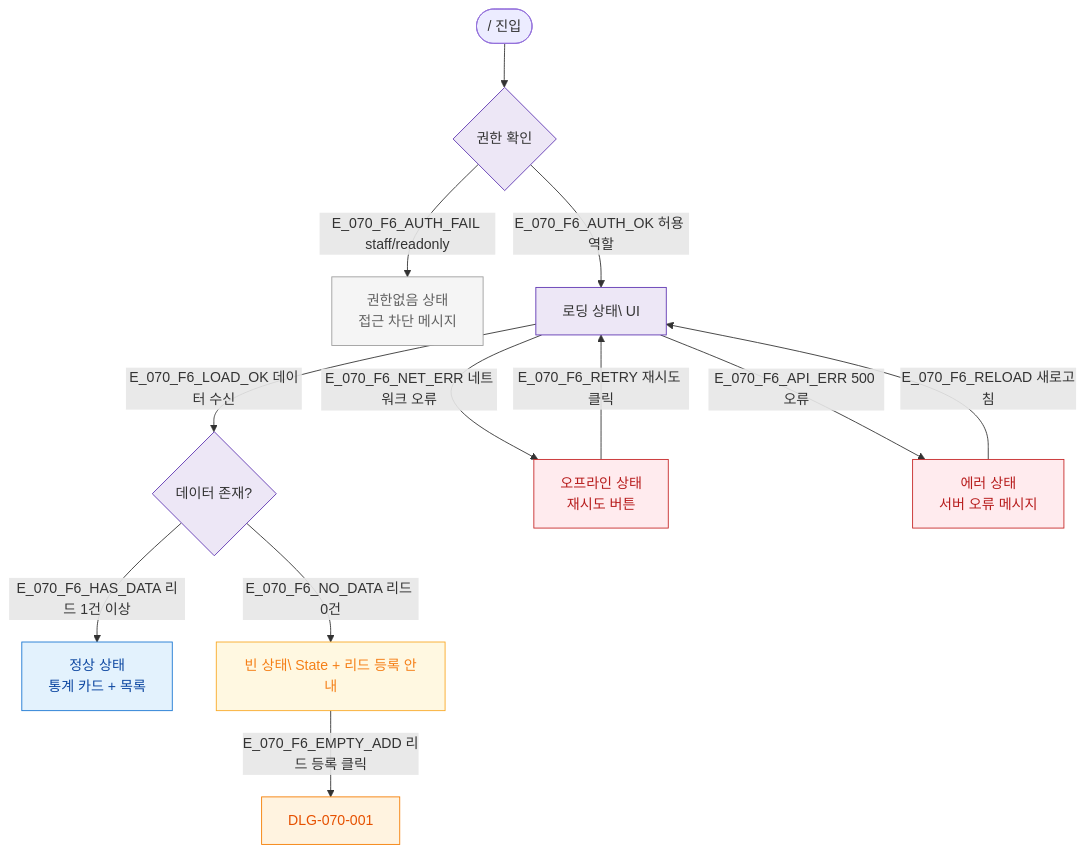
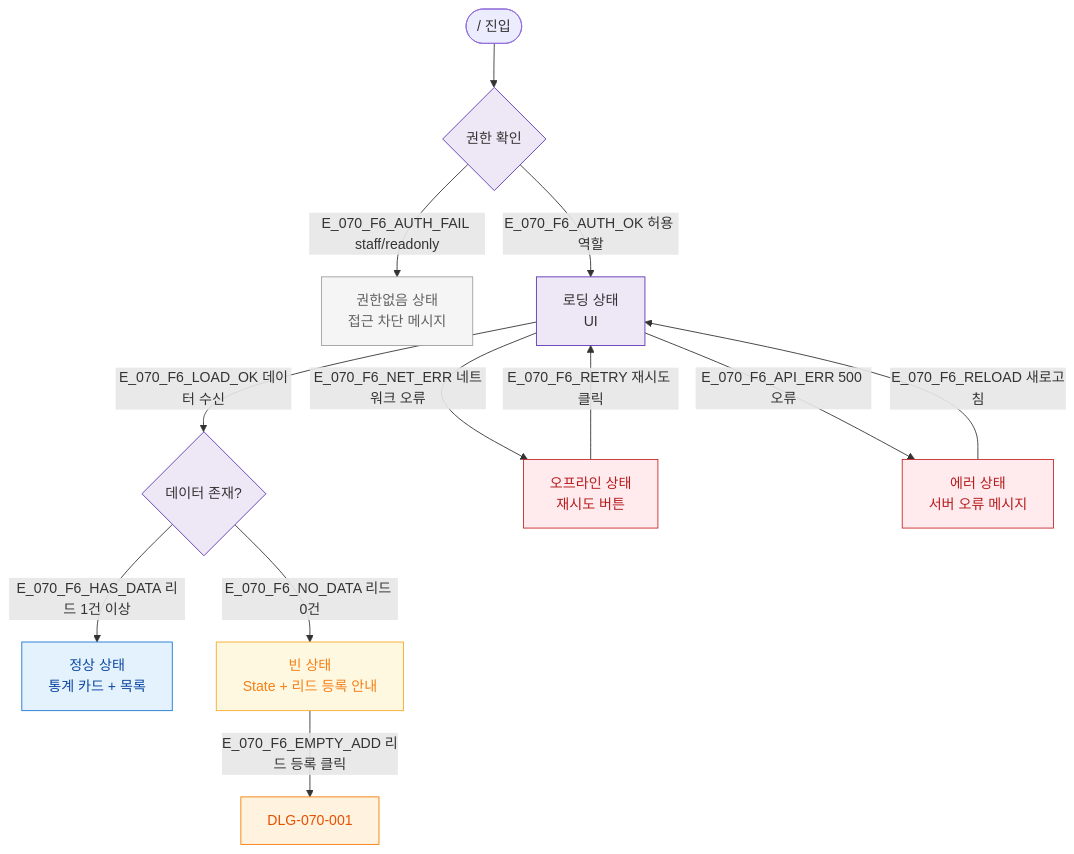
One commit to dev-spogym/admin-pando changed the diagram in docs/admin/다이어그램/D08_마케팅/SCR-070_리드관리/F6_상태별화면.md. Above: the diagram before and after it, drawn with Mermaid. The commit also changed 369 other files, not shown here.

````diff
--- a/docs/admin/다이어그램/D08_마케팅/SCR-070_리드관리/F6_상태별화면.md
+++ b/docs/admin/다이어그램/D08_마케팅/SCR-070_리드관리/F6_상태별화면.md
@@ -20,32 +20,32 @@
 ```mermaid
 flowchart TD
   ENTER([/ 진입]) --> AUTH_CHECK{권한 확인}
 
   AUTH_CHECK -->|E_070_F6_AUTH_FAIL staff/readonly|STATE_BLOCKED[권한없음 상태\n접근 차단 메시지]
-  AUTH_CHECK -->|E_070_F6_AUTH_OK 허용 역할|LOADING[로딩 상태\ UI]
+  AUTH_CHECK -->|E_070_F6_AUTH_OK 허용 역할|LOADING[로딩 상태<br/> UI]
 
   LOADING -->|E_070_F6_LOAD_OK 데이터 수신|DATA_CHECK{데이터 존재?}
   LOADING -->|E_070_F6_NET_ERR 네트워크 오류|STATE_OFFLINE[오프라인 상태\n재시도 버튼]
   LOADING -->|E_070_F6_API_ERR 500 오류|STATE_ERROR[에러 상태\n서버 오류 메시지]
 
   DATA_CHECK -->|E_070_F6_HAS_DATA 리드 1건 이상|STATE_NORMAL[정상 상태\n통계 카드 + 목록]
-  DATA_CHECK -->|E_070_F6_NO_DATA 리드 0건|STATE_EMPTY[빈 상태\ State + 리드 등록 안내]
+  DATA_CHECK -->|E_070_F6_NO_DATA 리드 0건|STATE_EMPTY[빈 상태<br/> State + 리드 등록 안내]
 
   STATE_EMPTY -->|E_070_F6_EMPTY_ADD 리드 등록 클릭|DLG_001[DLG-070-001]
   STATE_OFFLINE -->|E_070_F6_RETRY 재시도 클릭|LOADING
   STATE_ERROR -->|E_070_F6_RELOAD 새로고침|LOADING
 
   classDef screen fill:#E3F2FD,stroke:#1976D2,color:#0D47A1
   classDef modal fill:#FFF3E0,stroke:#F57C00,color:#E65100
   classDef error fill:#FFEBEE,stroke:#C62828,color:#B71C1C
   classDef warning fill:#FFF8E1,stroke:#F9A825,color:#F57F17
   classDef system fill:#EDE7F6,stroke:#5E35B2
   classDef rbacBlocked fill:#F5F5F5,stroke:#9E9E9E,color:#616161
 
   class STATE_NORMAL screen
   class DLG_001 modal
   class STATE_ERROR,STATE_OFFLINE error
   class STATE_EMPTY warning
   class LOADING,DATA_CHECK,AUTH_CHECK system
   class STATE_BLOCKED rbacBlocked
 ```
````
